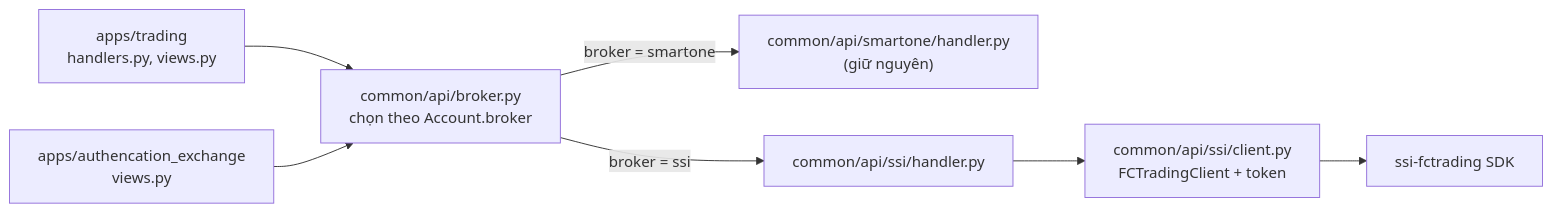
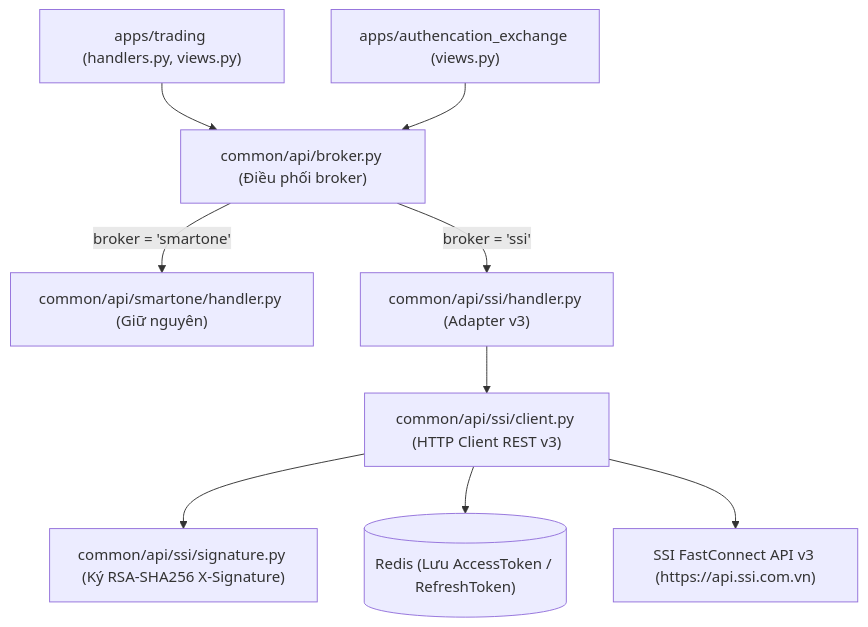
The diagram in SSI_MIGRATION_PLAN.md (haimao0711/Autobot_be_ssi), drawn with Mermaid before and after one commit. The commit also changed other lines of this file, not shown here.

Commit message:
docs: update migration plan with FastConnect v3 progress

````diff
--- a/SSI_MIGRATION_PLAN.md
+++ b/SSI_MIGRATION_PLAN.md
@@ -17,9 +18,11 @@
 ```mermaid
-flowchart LR
-    T["apps/trading<br/>handlers.py, views.py"] --> B["common/api/broker.py<br/>chọn theo Account.broker"]
-    A["apps/authencation_exchange<br/>views.py"] --> B
-    B -->|"broker = smartone"| S["common/api/smartone/handler.py<br/>(giữ nguyên)"]
-    B -->|"broker = ssi"| H["common/api/ssi/handler.py"]
-    H --> C["common/api/ssi/client.py<br/>FCTradingClient + token"]
-    C --> SDK["ssi-fctrading SDK"]
+flowchart TD
+    T["apps/trading (handlers.py, views.py)"] --> B["common/api/broker.py (Điều phối broker)"]
+    A["apps/authencation_exchange (views.py)"] --> B
+    B -->|"broker = 'smartone'"| S["common/api/smartone/handler.py (Giữ nguyên)"]
+    B -->|"broker = 'ssi'"| H["common/api/ssi/handler.py (Adapter v3)"]
+    H --> C["common/api/ssi/client.py (HTTP Client REST v3)"]
+    C --> Sig["common/api/ssi/signature.py (Ký RSA-SHA256 X-Signature)"]
+    C --> Redis[("Redis (Lưu AccessToken / RefreshToken)")]
+    C --> SSI["SSI FastConnect API v3 (https://api.ssi.com.vn)"]
 ```
````
